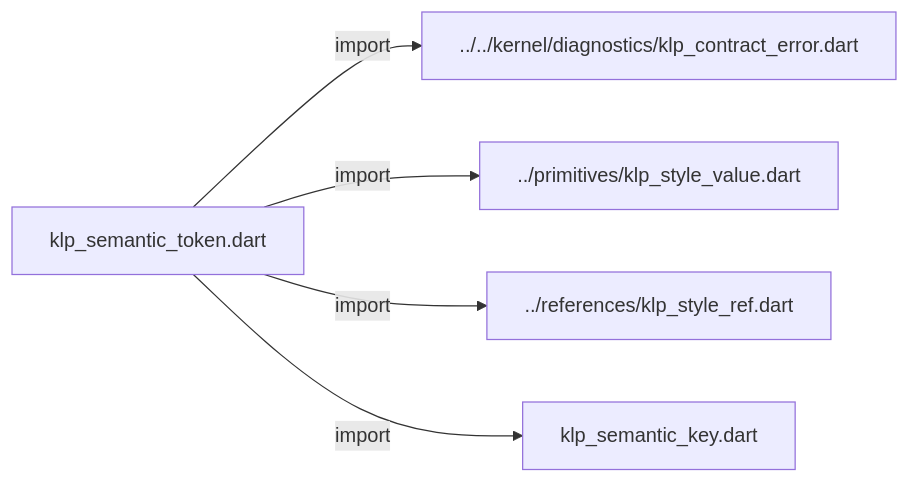
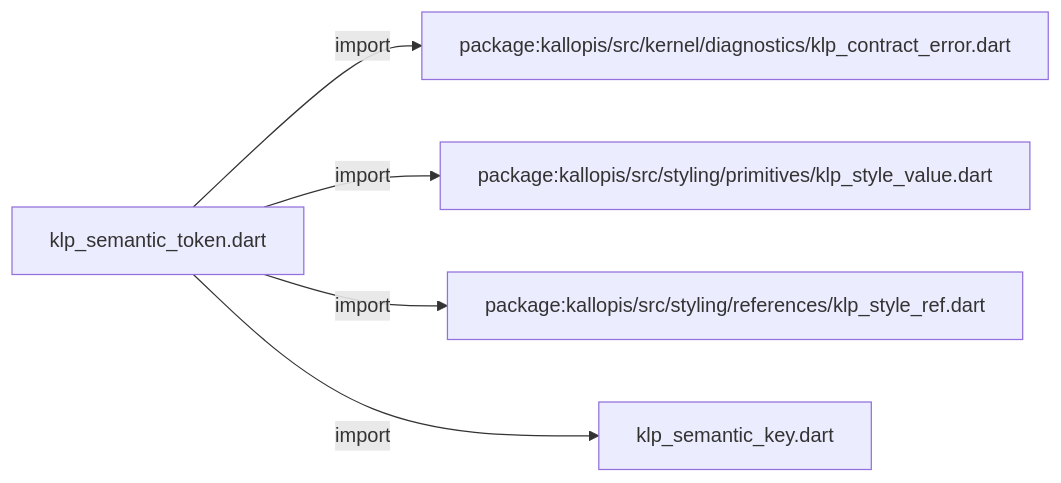
One commit to MiuDog/Kallopis changed the first of 2 diagrams in docs/architecture/src/styling/semantics/klp_semantic_token.md. Above: the diagram before and after it, drawn with Mermaid. The commit also changed other lines of this file and 9688 other files, not shown here.

Commit message:
Prepare isolated Flow F2 peer baseline

````diff
--- a/docs/architecture/src/styling/semantics/klp_semantic_token.md
+++ b/docs/architecture/src/styling/semantics/klp_semantic_token.md
@@ -11,12 +11,12 @@
 ```mermaid
 flowchart LR
 	n0["klp_semantic_token.dart"]
-	n1["../../kernel/diagnostics/klp_contract_error.dart"]
-	n2["../primitives/klp_style_value.dart"]
-	n3["../references/klp_style_ref.dart"]
+	n1["package:kallopis/src/kernel/diagnostics/klp_contract_error.dart"]
+	n2["package:kallopis/src/styling/primitives/klp_style_value.dart"]
+	n3["package:kallopis/src/styling/references/klp_style_ref.dart"]
 	n4["klp_semantic_key.dart"]
 	n0 -->|"import"| n1
 	n0 -->|"import"| n2
 	n0 -->|"import"| n3
 	n0 -->|"import"| n4
 ```
````
